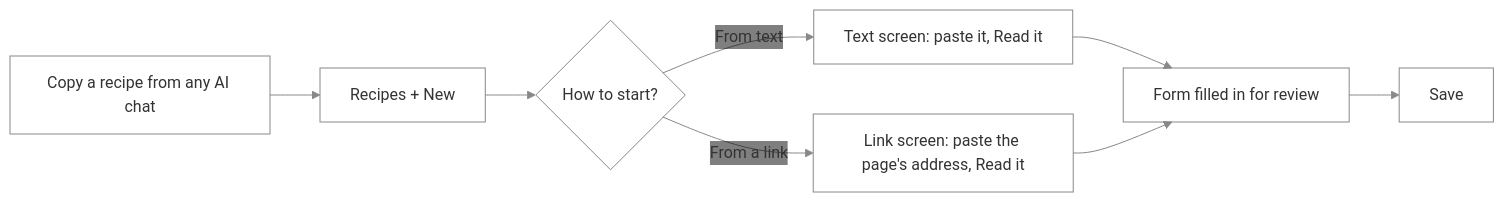
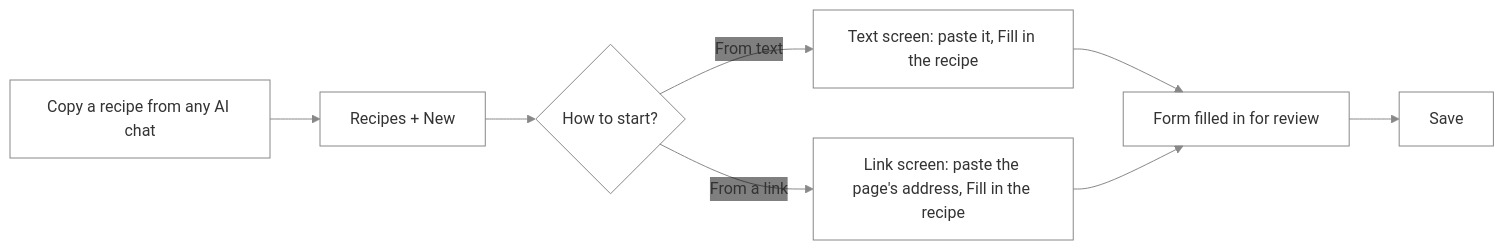
Diagram 30 of 31 in src/apps/pinch/UX.md (NovaMoonX/moondreams-dev-apps), drawn with Mermaid before and after one commit. The commit also changed other lines of this file and 1 other file, not shown here.

````diff
--- a/src/apps/pinch/UX.md
+++ b/src/apps/pinch/UX.md
@@ -883,10 +885,10 @@
 ```mermaid
 %%{init: {'theme': 'base', 'themeVariables': {'primaryColor': 'transparent', 'clusterBkg': 'transparent', 'primaryBorderColor': '#888888', 'clusterBorder': '#888888', 'lineColor': '#888888', 'primaryTextColor': '#333333'}}}%%
 flowchart LR
     A[Copy a recipe from any AI chat] --> B[Recipes + New] --> C{"How to start?"}
-    C -->|From text| D["Text screen: paste it, Read it"]
-    C -->|From a link| E["Link screen: paste the page's address, Read it"]
+    C -->|From text| D["Text screen: paste it, Fill in the recipe"]
+    C -->|From a link| E["Link screen: paste the page's address, Fill in the recipe"]
     D --> F["Form filled in for review"]
     E --> F
     F --> G[Save]
 ```
````
